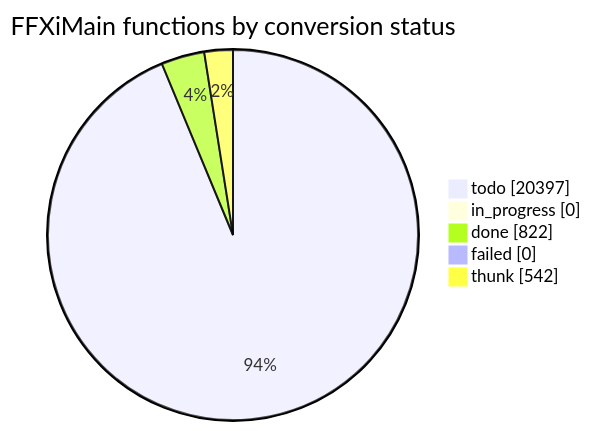
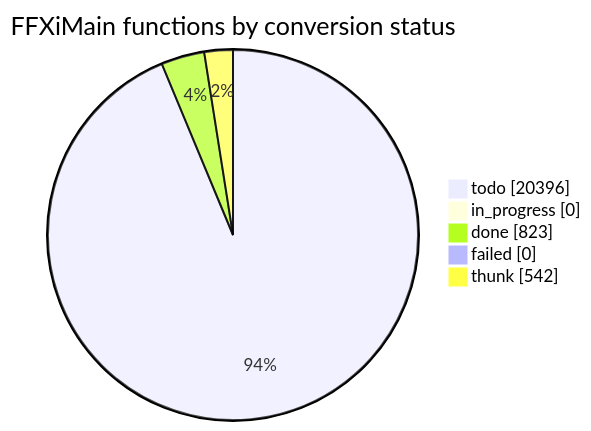
One commit to cowrevenge/cow_kuluu_xi_anything changed the diagram in docs/cow/STATUS.md. Above: the diagram before and after it, drawn with Mermaid. The commit also changed other lines of this file and 9 other files, not shown here.

````diff
--- a/docs/cow/STATUS.md
+++ b/docs/cow/STATUS.md
@@ -18,9 +18,9 @@
 ```mermaid
 pie showData
     title FFXiMain functions by conversion status
-    "todo" : 20397
+    "todo" : 20396
     "in_progress" : 0
-    "done" : 822
+    "done" : 823
     "failed" : 0
     "thunk" : 542
 ```
````
